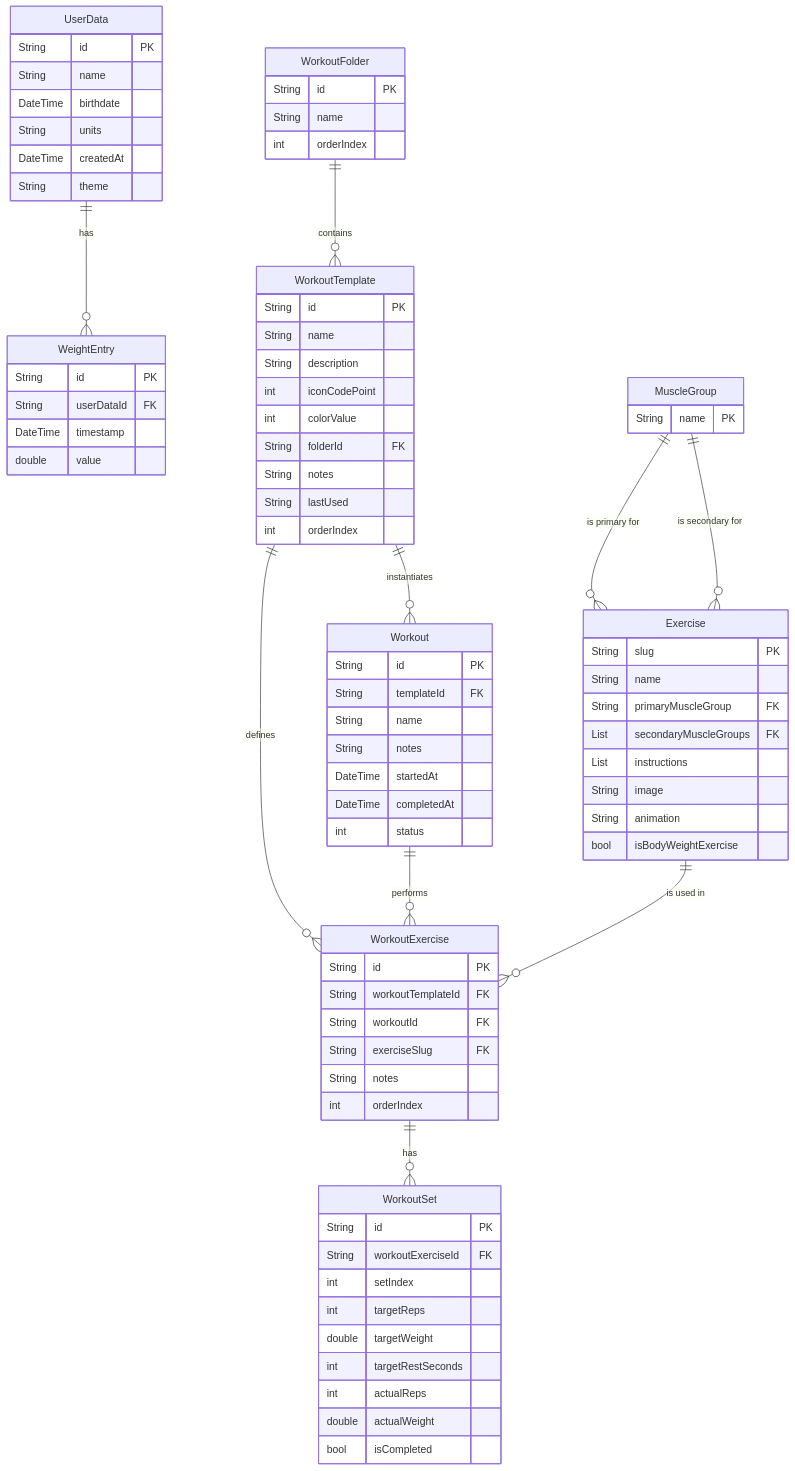
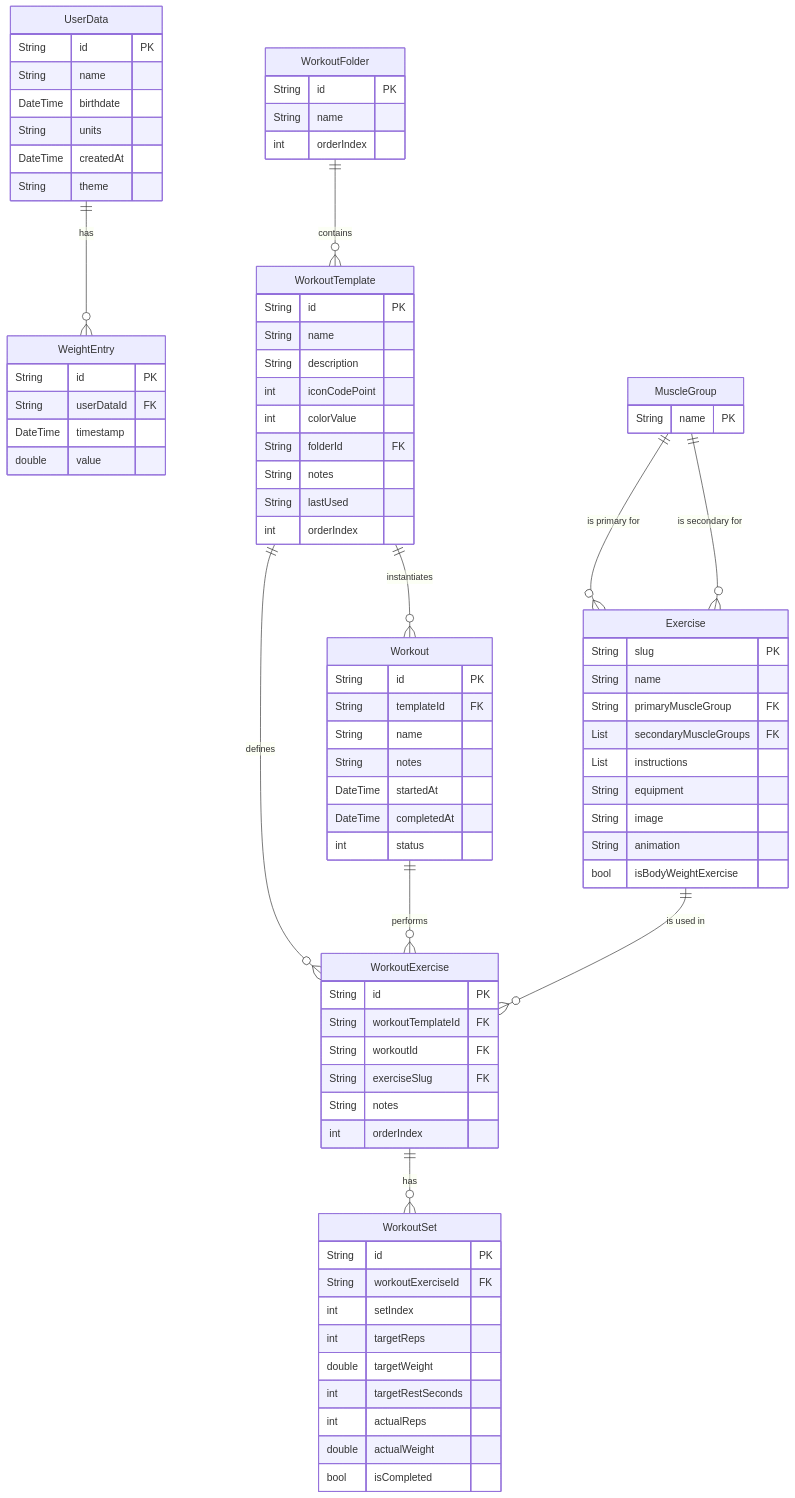
Before and after one commit to ManuelMuehlberger/zenith: the diagram in docs/database_schema.md, drawn with Mermaid. The commit also changed other lines of this file and 17 other files, not shown here.

```diff
--- a/docs/database_schema.md
+++ b/docs/database_schema.md
@@ -87,6 +87,7 @@
         String primaryMuscleGroup FK
         List secondaryMuscleGroups FK
         List instructions
+        String equipment
         String image
         String animation
         bool isBodyWeightExercise
```
